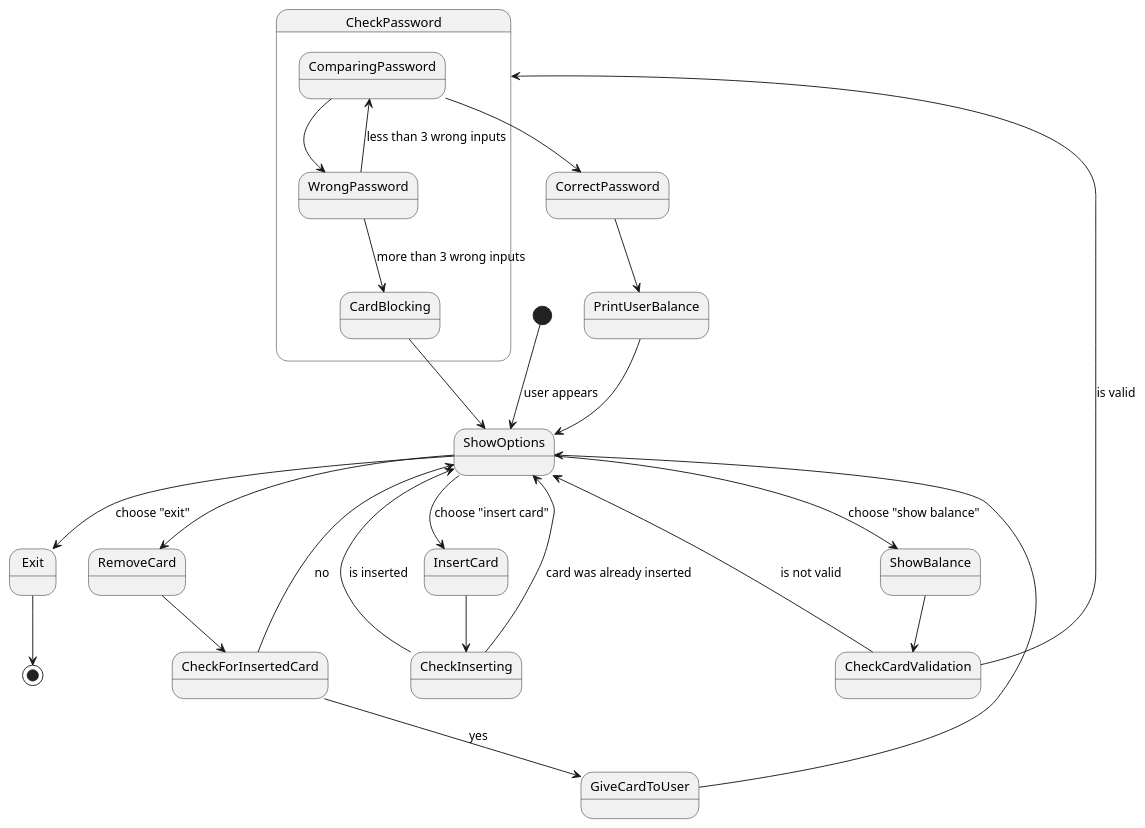
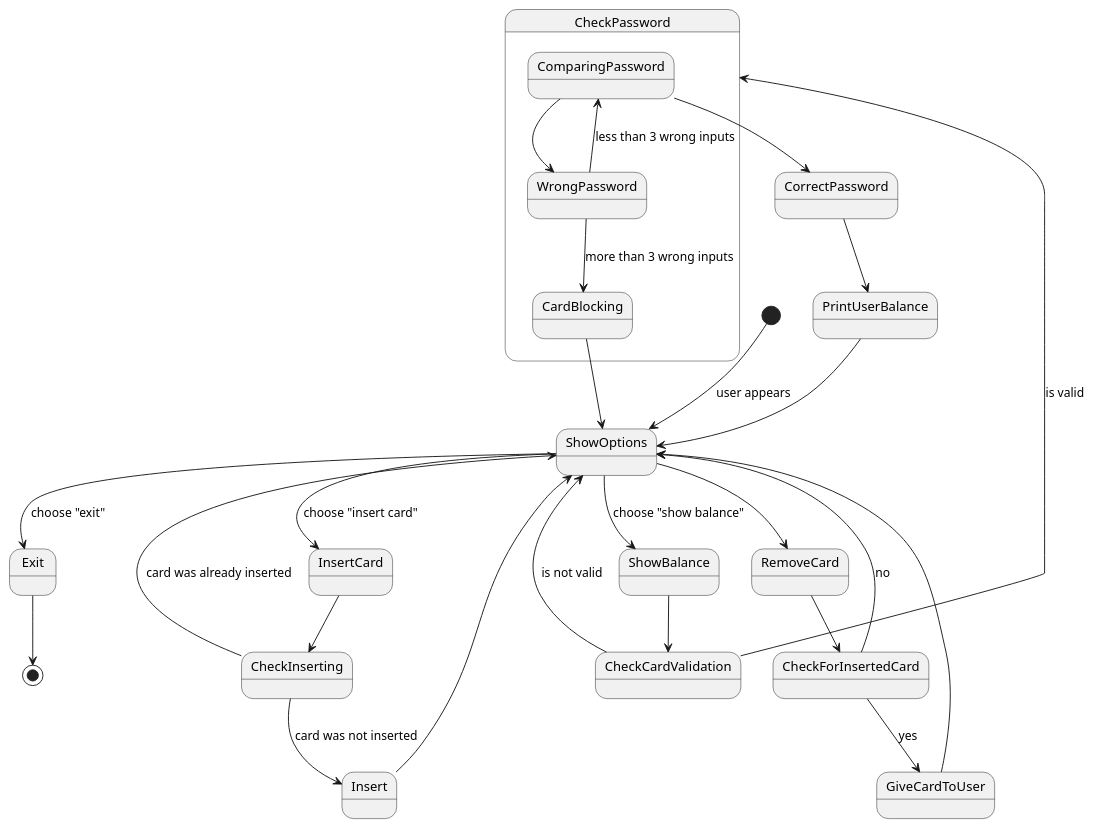
Before and after one commit to anadeg/ISPP: the diagram in 1/plantuml/states/show_balance.puml, drawn with PlantUML. The commit also changed 1 other file, not shown here.

Commit message:
rework inserting card operation

```diff
--- a/1/plantuml/states/show_balance.puml
+++ b/1/plantuml/states/show_balance.puml
@@ -1,37 +1,38 @@
 @startuml
 'https://plantuml.com/state-diagram
 
 [*] --> ShowOptions: user appears
 
 ShowOptions --> InsertCard: choose "insert card"
 InsertCard --> CheckInserting
 CheckInserting --> ShowOptions: card was already inserted
-CheckInserting --> ShowOptions: is inserted
+CheckInserting --> Insert: card was not inserted
+Insert --> ShowOptions
 
 ShowOptions --> ShowBalance:choose "show balance"
 ShowBalance --> CheckCardValidation
 
 CheckCardValidation --> CheckPassword: is valid
 CheckCardValidation --> ShowOptions: is not valid
 
 state CheckPassword{
 ComparingPassword --> WrongPassword
 WrongPassword --> ComparingPassword: less than 3 wrong inputs
 WrongPassword --> CardBlocking: more than 3 wrong inputs
 CardBlocking --> ShowOptions
 }
 
 ComparingPassword --> CorrectPassword
 
 CorrectPassword --> PrintUserBalance
 PrintUserBalance --> ShowOptions
 
 ShowOptions --> RemoveCard
 RemoveCard --> CheckForInsertedCard
 CheckForInsertedCard --> GiveCardToUser: yes
 GiveCardToUser --> ShowOptions
 CheckForInsertedCard --> ShowOptions: no
 
 ShowOptions --> Exit: choose "exit"
 Exit --> [*]
 @enduml
```
